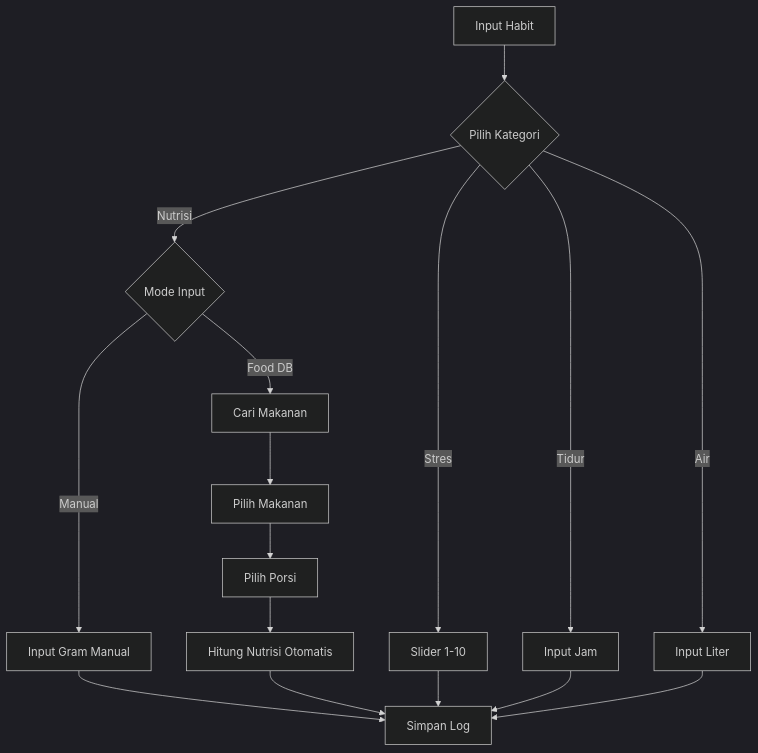
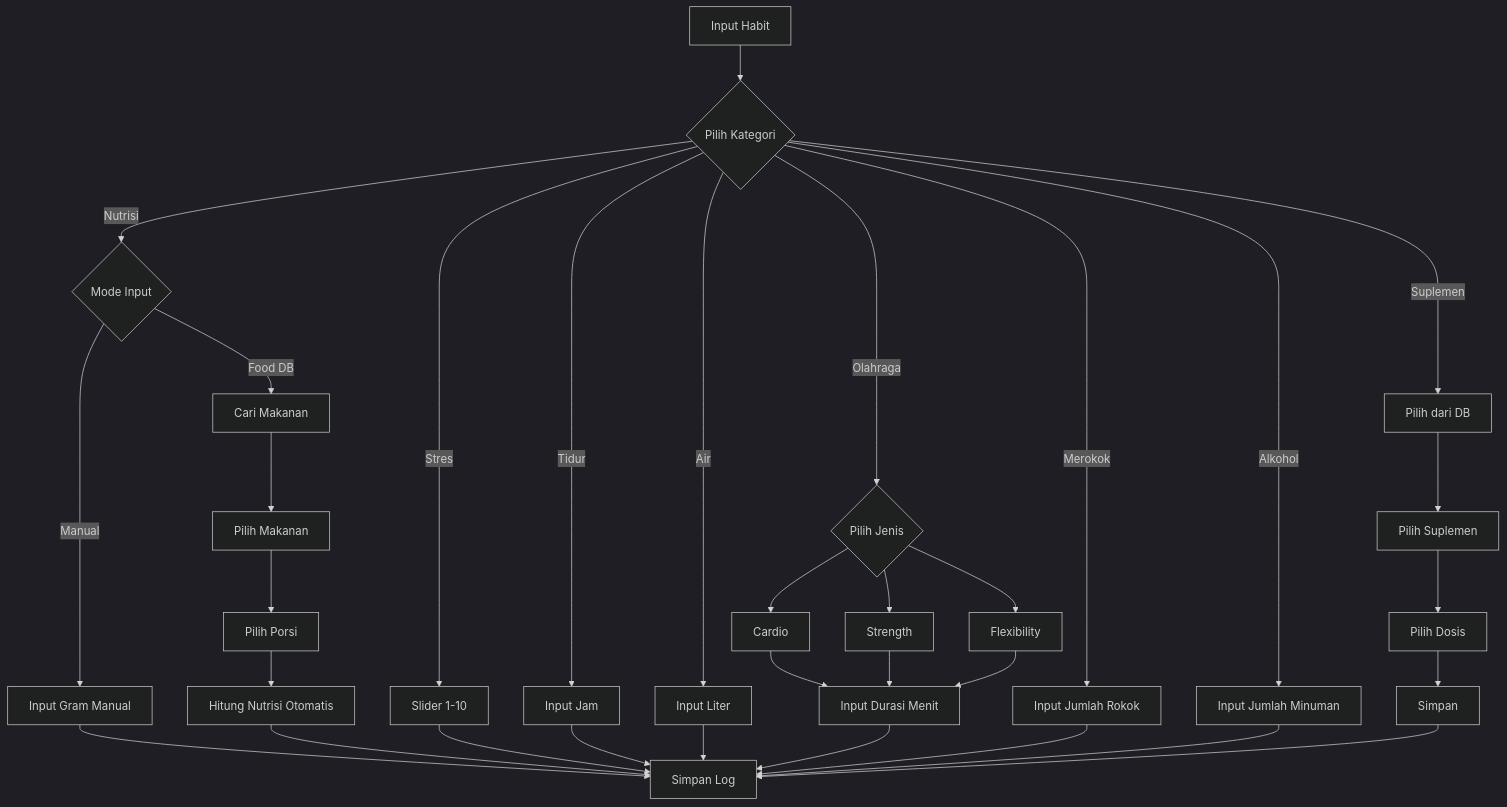
The seventh of 17 diagrams in Documentation/PRD.md (petrushandika/Scalp-Analytics), drawn with Mermaid (dark theme) before and after one commit. The commit also changed other lines of this file and 6 other files, not shown here.

````diff
--- a/Documentation/PRD.md
+++ b/Documentation/PRD.md
@@ -307,21 +307,40 @@
 ```mermaid
 flowchart TD
     A[Input Habit] --> B{Pilih Kategori}
     B -->|Stres| C[Slider 1-10]
     B -->|Tidur| D[Input Jam]
     B -->|Air| E[Input Liter]
-    B -->|Nutrisi| F{Mode Input}
+    B -->|Olahraga| F{Pilih Jenis}
+    B -->|Merokok| G[Input Jumlah Rokok]
+    B -->|Alkohol| H[Input Jumlah Minuman]
+    B -->|Suplemen| I[Pilih dari DB]
+    B -->|Nutrisi| J{Mode Input}
     
-    F -->|Manual| G[Input Gram Manual]
-    F -->|Food DB| H[Cari Makanan]
+    F --> F1[Cardio]
+    F --> F2[Strength]
+    F --> F3[Flexibility]
+    F1 --> F4[Input Durasi Menit]
+    F2 --> F4
+    F3 --> F4
     
-    H --> I[Pilih Makanan]
-    I --> J[Pilih Porsi]
-    J --> K[Hitung Nutrisi Otomatis]
+    I --> I1[Pilih Suplemen]
+    I1 --> I2[Pilih Dosis]
+    I2 --> I3[Simpan]
     
-    G --> L[Simpan Log]
-    K --> L
-    C --> L
-    D --> L
-    E --> L
+    J -->|Manual| K[Input Gram Manual]
+    J -->|Food DB| L[Cari Makanan]
+    
+    L --> M[Pilih Makanan]
+    M --> N[Pilih Porsi]
+    N --> O[Hitung Nutrisi Otomatis]
+    
+    K --> P[Simpan Log]
+    O --> P
+    C --> P
+    D --> P
+    E --> P
+    F4 --> P
+    G --> P
+    H --> P
+    I3 --> P
 ```
````
